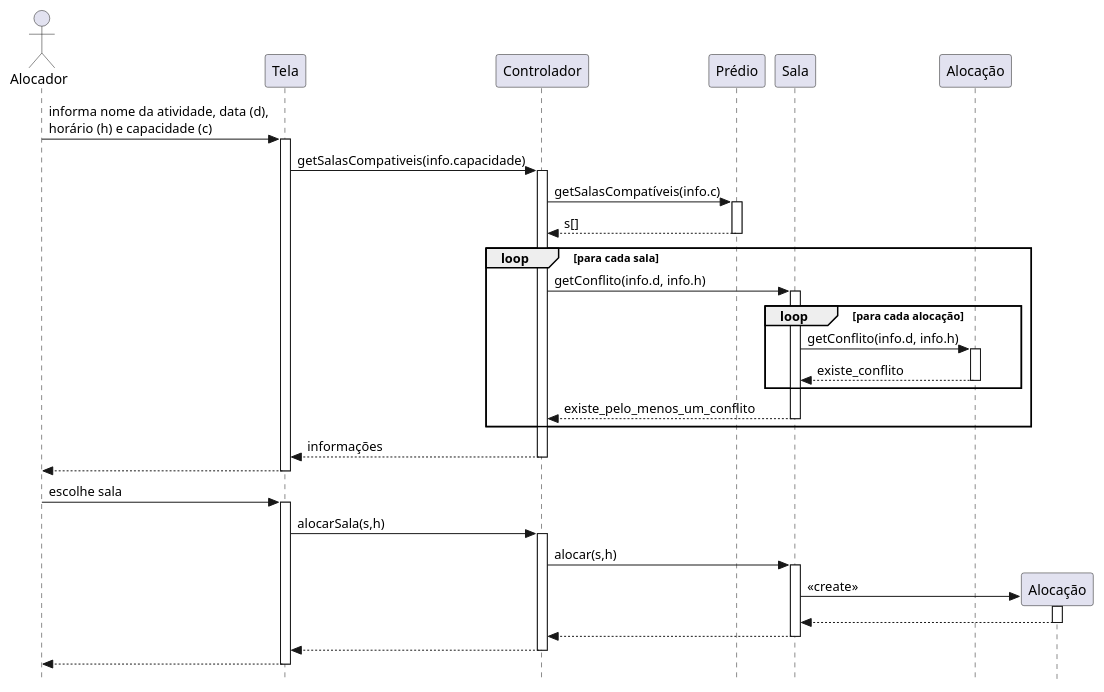
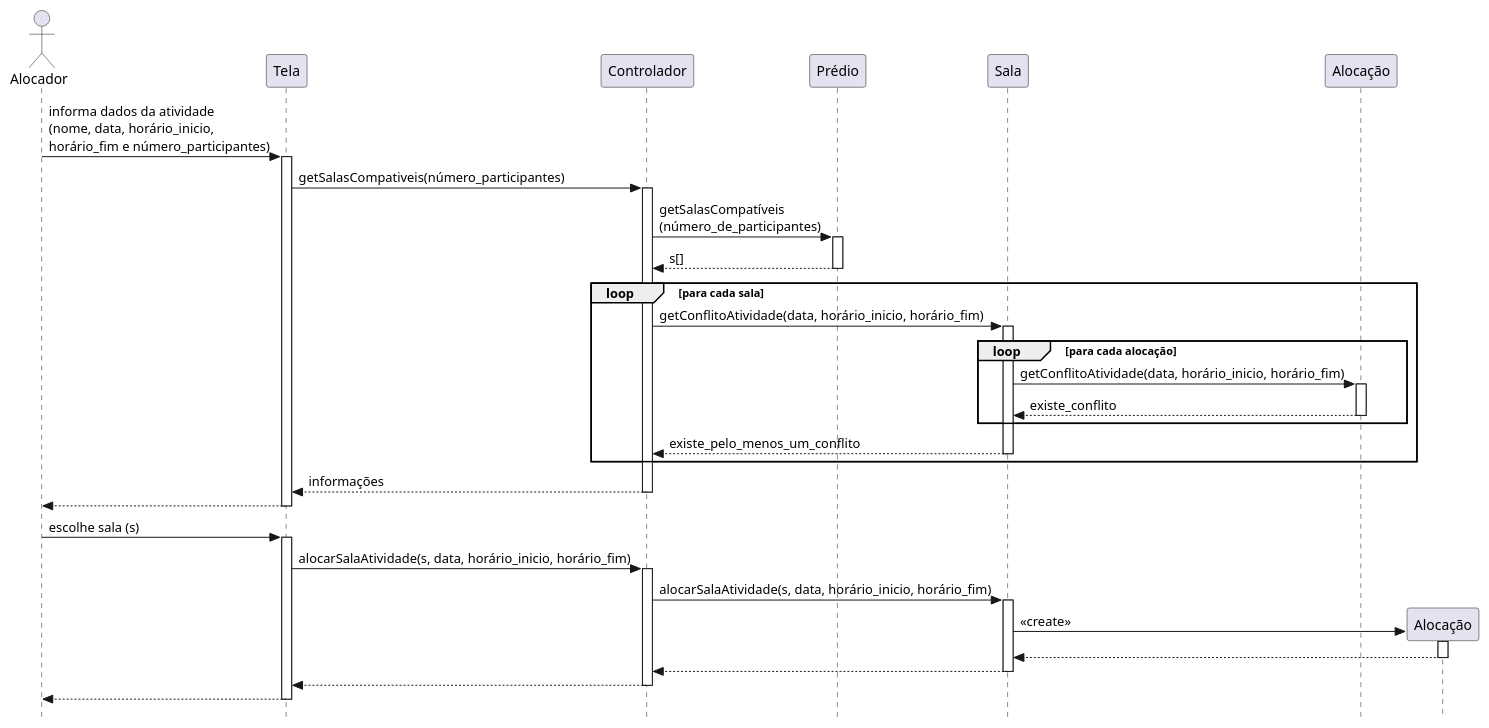
One commit to tassyla/Salateca changed the diagram in projeto/uc2/diagrama-de-sequencia.puml. Above: the diagram before and after it, drawn with PlantUML. The commit also changed 1 other file, not shown here.

Commit message:
✨ Update uc diagrams

```diff
--- a/projeto/uc2/diagrama-de-sequencia.puml
+++ b/projeto/uc2/diagrama-de-sequencia.puml
@@ -1,42 +1,42 @@
 @startuml Sequencia
 skinparam style strictuml
 autoactivate on
 
 actor Alocador
 participant Tela as t
 participant Controlador as c
 participant Prédio as p
 participant Sala as s
 participant Alocação as a
 participant Alocação as a2
 
-Alocador -> t : informa nome da atividade, data (d),\nhorário (h) e capacidade (c)
-    t -> c : getSalasCompativeis(info.capacidade)
-        c -> p : getSalasCompatíveis(info.c)
+Alocador -> t : informa dados da atividade\n(nome, data, horário_inicio, \nhorário_fim e número_participantes)
+    t -> c : getSalasCompativeis(número_participantes)
+        c -> p : getSalasCompatíveis\n(número_de_participantes)
             return s[]
         loop para cada sala
-        c -> s : getConflito(info.d, info.h)
+        c -> s : getConflitoAtividade(data, horário_inicio, horário_fim)
         loop para cada alocação
-            s -> a : getConflito(info.d, info.h)
+            s -> a : getConflitoAtividade(data, horário_inicio, horário_fim)
             return existe_conflito
         end
         return existe_pelo_menos_um_conflito
     end
     
 return informações
 return 
 
-Alocador -> t : escolhe sala
-    t -> c : alocarSala(s,h)
+Alocador -> t : escolhe sala (s)
+    t -> c : alocarSalaAtividade(s, data, horário_inicio, horário_fim)
     
-    c -> s : alocar(s,h)
+    c -> s : alocarSalaAtividade(s, data, horário_inicio, horário_fim)
     create a2
         s -> a2 : << create >>
     return 
 return 
 return
 return 
 
 
 
 @enduml
```
